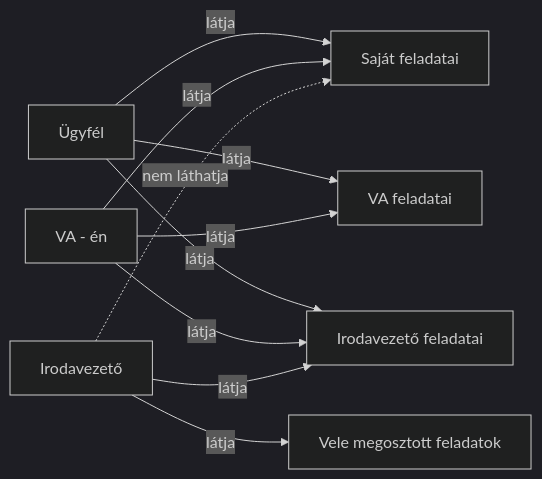
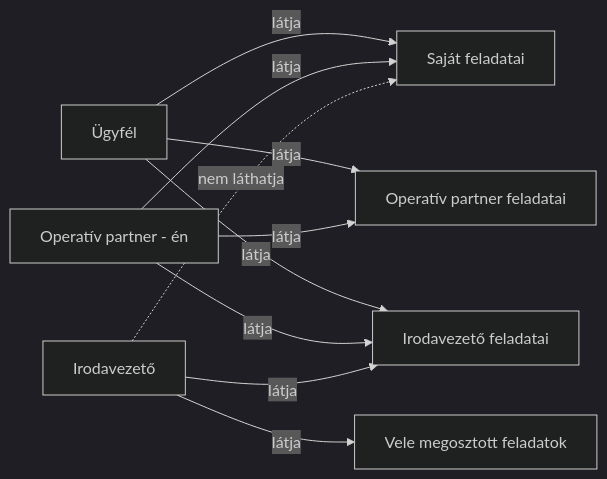
The first of 2 diagrams in projektek/02-kozos-feladatkezelo/README.md (lidiaszilagyi/claude-code-portfolio), drawn with Mermaid (dark theme) before and after one commit. The commit also changed other lines of this file and 1 other file, not shown here.

Commit message:
Szerepkör: operatív partner
Claude-Session: https://claude.ai/code/session_01PiLFW6PrZQ2GhLEXQ2jZ9J

````diff
--- a/projektek/02-kozos-feladatkezelo/README.md
+++ b/projektek/02-kozos-feladatkezelo/README.md
@@ -27,12 +27,12 @@
 ```mermaid
 flowchart LR
     U[Ügyfél] -->|látja| UF[Saját feladatai]
-    U -->|látja| VF[VA feladatai]
+    U -->|látja| VF[Operatív partner feladatai]
     U -->|látja| IF[Irodavezető feladatai]
-    V[VA - én] -->|látja| UF
+    V[Operatív partner - én] -->|látja| UF
     V -->|látja| VF
     V -->|látja| IF
     I[Irodavezető] -->|látja| IF
     I -->|látja| MF[Vele megosztott feladatok]
     I -.->|nem láthatja| UF
 ```
````
